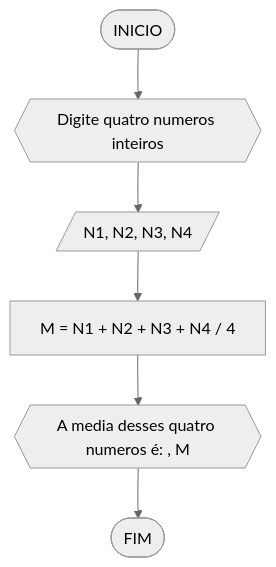
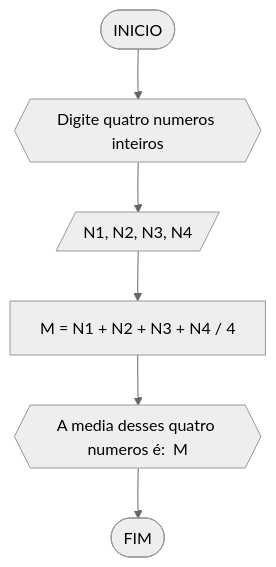
One commit to Kremmydi/unifor changed the first of 5 diagrams in RLA/Unidade1/Resolução_lista2.md. Above: the diagram before and after it, drawn with Mermaid (neutral theme).

````diff
--- a/RLA/Unidade1/Resolução_lista2.md
+++ b/RLA/Unidade1/Resolução_lista2.md
@@ -11,11 +11,11 @@
 ```mermaid
 flowchart TD
 A([INICIO]) --> B{{Digite quatro numeros inteiros}}
 B --> C[/N1, N2, N3, N4/]
 C --> D[M = N1 + N2 + N3 + N4 / 4]
-D --> E{{"A media desses quatro numeros é: ", M}}
+D --> E{{"A media desses quatro numeros é: " M}}
 E --> F([FIM])
 
 
 
 ```
````
